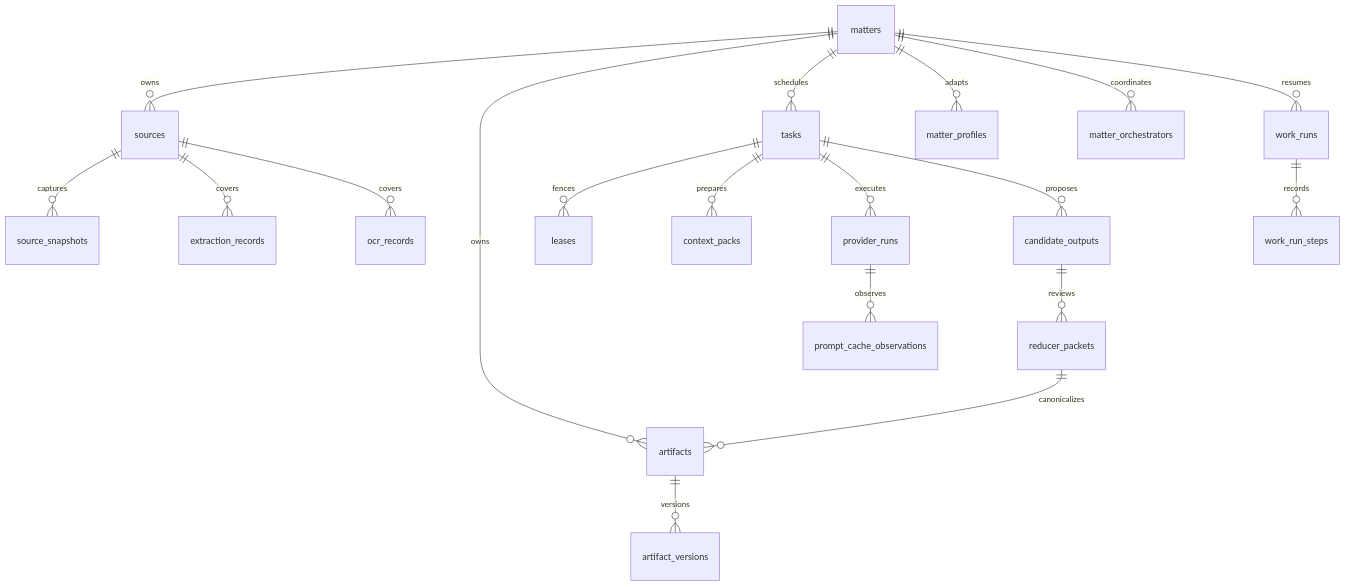
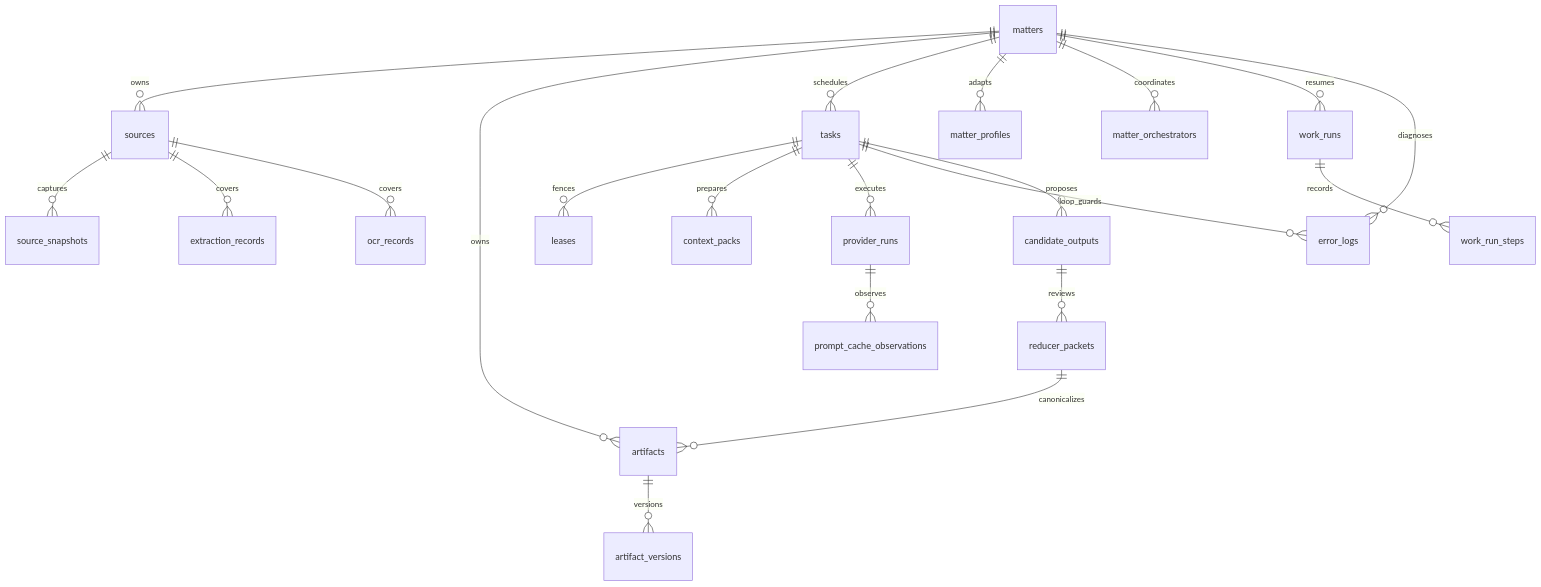
The seventh of 7 diagrams in README.md (Albaloola/atticus-harness), drawn with Mermaid before and after one commit. The commit also changed other lines of this file and 6 other files, not shown here.

````diff
--- a/README.md
+++ b/README.md
@@ -589,21 +604,23 @@
 ```mermaid
 erDiagram
     matters ||--o{ sources : owns
     matters ||--o{ artifacts : owns
     matters ||--o{ tasks : schedules
     matters ||--o{ matter_profiles : adapts
     matters ||--o{ matter_orchestrators : coordinates
     matters ||--o{ work_runs : resumes
+    matters ||--o{ error_logs : diagnoses
     sources ||--o{ source_snapshots : captures
     sources ||--o{ extraction_records : covers
     sources ||--o{ ocr_records : covers
     artifacts ||--o{ artifact_versions : versions
     tasks ||--o{ leases : fences
     tasks ||--o{ context_packs : prepares
     tasks ||--o{ provider_runs : executes
+    tasks ||--o{ error_logs : loop_guards
     provider_runs ||--o{ prompt_cache_observations : observes
     tasks ||--o{ candidate_outputs : proposes
     candidate_outputs ||--o{ reducer_packets : reviews
     reducer_packets ||--o{ artifacts : canonicalizes
     work_runs ||--o{ work_run_steps : records
 ```
````
